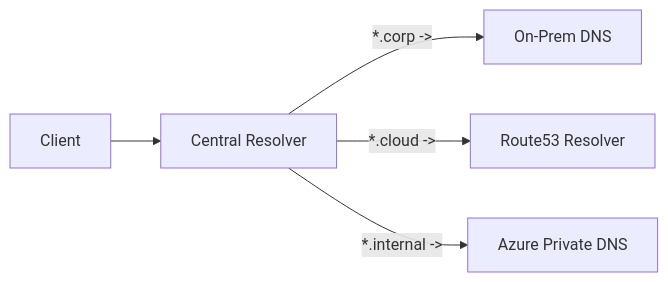
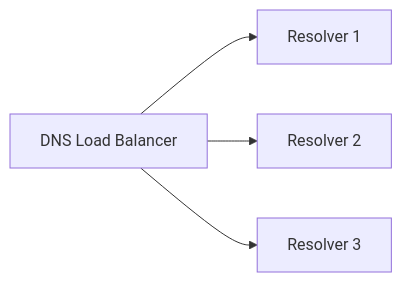
Diagram 12 of 30 in README.md (Devopstrio/hybrid-dns-resolution), drawn with Mermaid before and after one commit. The commit also changed other lines of this file, not shown here.

Commit message:
docs: expand README with 30+ architectural diagrams

````diff
--- a/README.md
+++ b/README.md
@@ -176,7 +134,6 @@
 ```mermaid
 graph LR
-    User[Client] --> Hub[Central Resolver]
-    Hub -- "*.corp ->" --> OnPrem[On-Prem DNS]
-    Hub -- "*.cloud ->" --> Route53[Route53 Resolver]
-    Hub -- "*.internal ->" --> Internal[Azure Private DNS]
+    LB[DNS Load Balancer] --> R1[Resolver 1]
+    LB --> R2[Resolver 2]
+    LB --> R3[Resolver 3]
 ```
````
